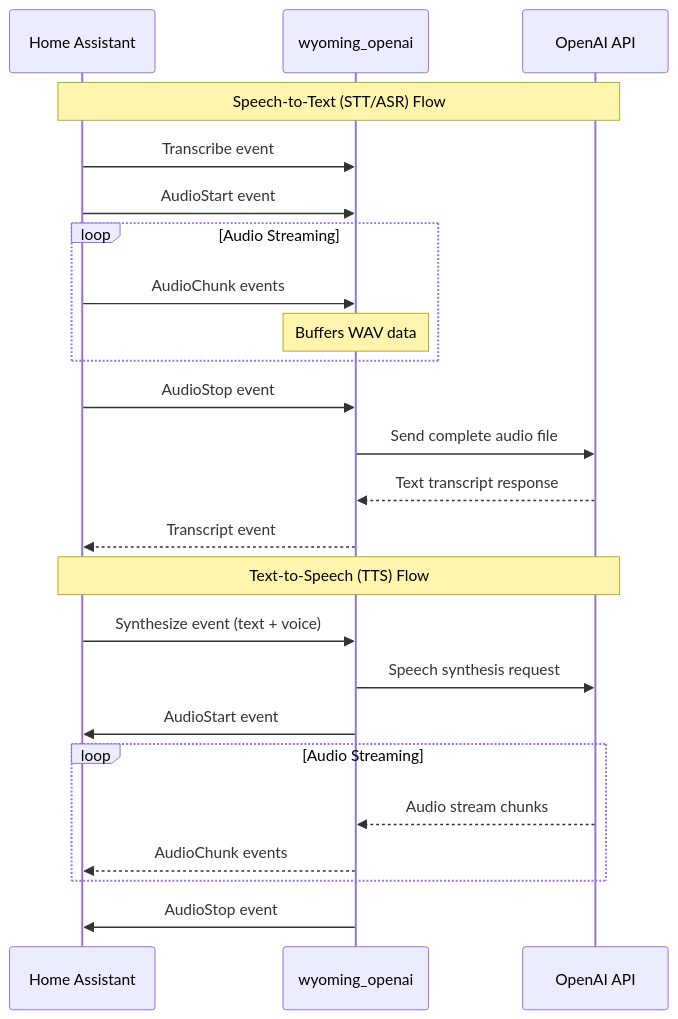
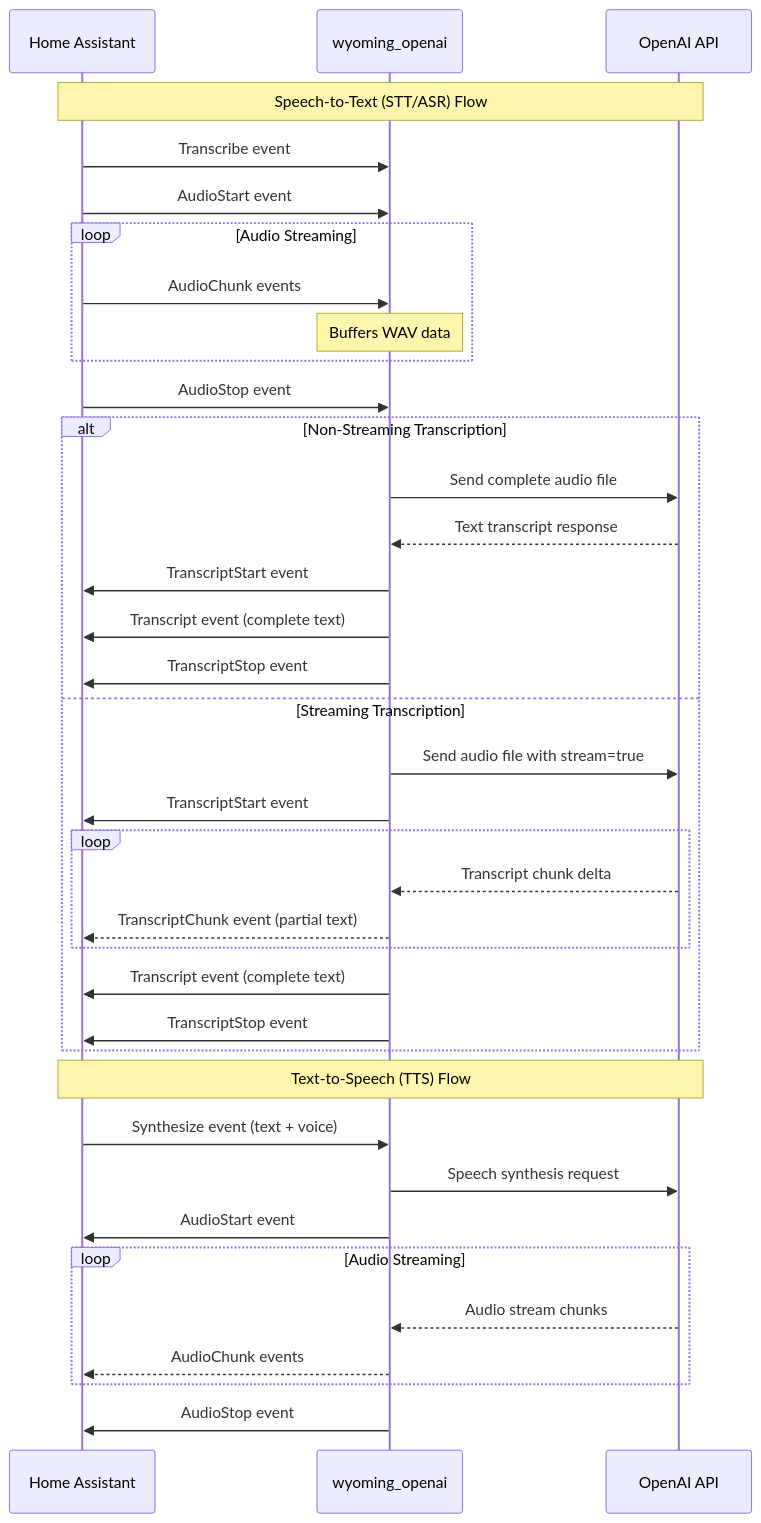
One commit to roryeckel/wyoming_openai changed the first of 2 diagrams in README.md. Above: the diagram before and after it, drawn with Mermaid.

Commit message:
Update sequence diagram for transcription flow
Expanded the sequence diagram in README.md to differentiate between non-streaming and streaming transcription flows, detailing the specific events and responses for each mode.

````diff
--- a/README.md
+++ b/README.md
@@ -261,26 +261,41 @@
 ```mermaid
 sequenceDiagram
   participant HA as Home Assistant
   participant WY as wyoming_openai
   participant OAPI as OpenAI API
   Note over HA,OAPI: Speech-to-Text (STT/ASR) Flow
   HA->>WY: Transcribe event
   HA->>WY: AudioStart event
   loop Audio Streaming
   HA->>WY: AudioChunk events
   Note over WY: Buffers WAV data
   end
   HA->>WY: AudioStop event
-  WY->>OAPI: Send complete audio file
-  OAPI-->>WY: Text transcript response
-  WY-->>HA: Transcript event
+  
+  alt Non-Streaming Transcription
+    WY->>OAPI: Send complete audio file
+    OAPI-->>WY: Text transcript response
+    WY->>HA: TranscriptStart event
+    WY->>HA: Transcript event (complete text)
+    WY->>HA: TranscriptStop event
+  else Streaming Transcription
+    WY->>OAPI: Send audio file with stream=true
+    WY->>HA: TranscriptStart event
+    loop
+      OAPI-->>WY: Transcript chunk delta
+      WY-->>HA: TranscriptChunk event (partial text)
+    end
+    WY->>HA: Transcript event (complete text)
+    WY->>HA: TranscriptStop event
+  end
+  
   Note over HA,OAPI: Text-to-Speech (TTS) Flow
   HA->>WY: Synthesize event (text + voice)
   WY->>OAPI: Speech synthesis request
   WY->>HA: AudioStart event
   loop Audio Streaming
   OAPI-->>WY: Audio stream chunks
   WY-->>HA: AudioChunk events
   end
   WY->>HA: AudioStop event
 ```
````
